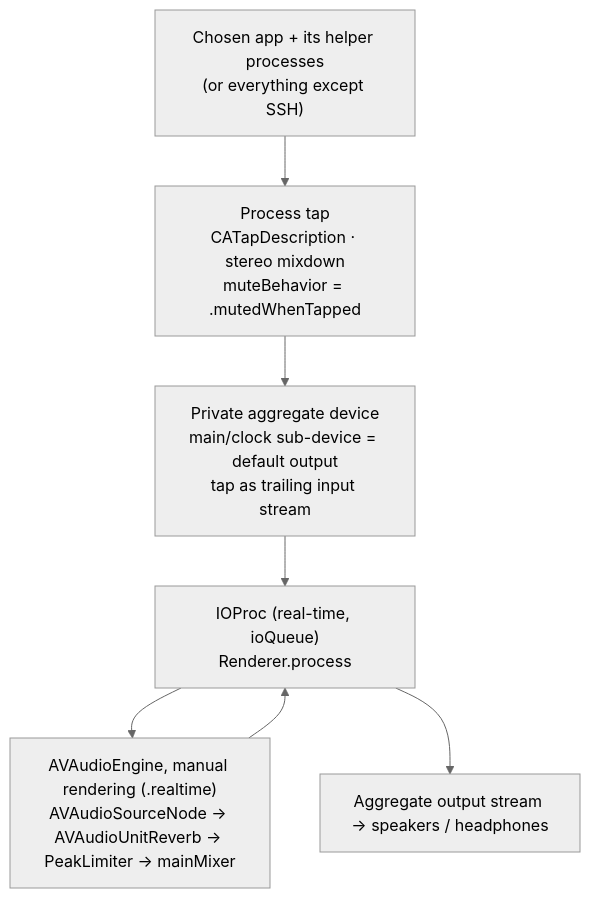
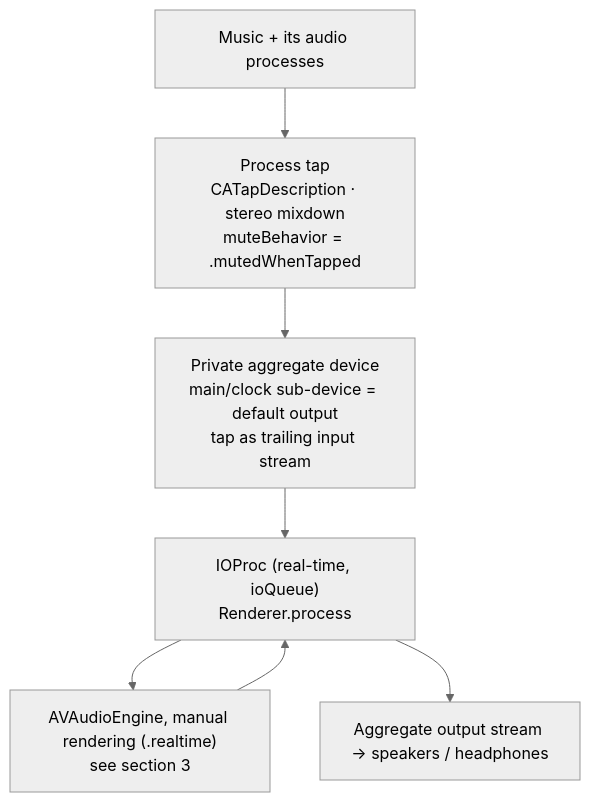
Before and after one commit to parinwarishui/reverb-room: the second of 7 diagrams in docs/ARCHITECTURE.md, drawn with Mermaid (neutral theme). The commit also changed other lines of this file and 36 other files, not shown here.

````diff
--- a/docs/ARCHITECTURE.md
+++ b/docs/ARCHITECTURE.md
@@ -53,10 +56,10 @@
 ```mermaid
 flowchart TB
-    Src["Chosen app + its helper processes<br/>(or everything except SSH)"]
+    Src["Music + its audio processes"]
     Tap["Process tap<br/>CATapDescription · stereo mixdown<br/>muteBehavior = .mutedWhenTapped"]
     Agg["Private aggregate device<br/>main/clock sub-device = default output<br/>tap as trailing input stream"]
     IO["IOProc (real-time, ioQueue)<br/>Renderer.process"]
-    Eng["AVAudioEngine, manual rendering (.realtime)<br/>AVAudioSourceNode → AVAudioUnitReverb → PeakLimiter → mainMixer"]
+    Eng["AVAudioEngine, manual rendering (.realtime)<br/>see section 3"]
     Out["Aggregate output stream → speakers / headphones"]
     Src --> Tap --> Agg --> IO --> Eng --> IO --> Out
 ```
````
